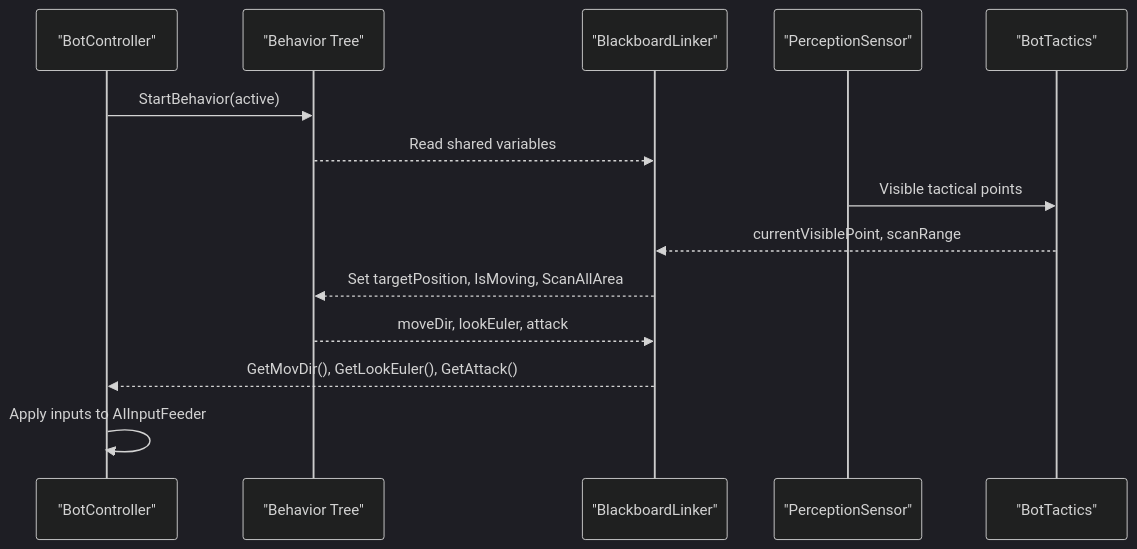
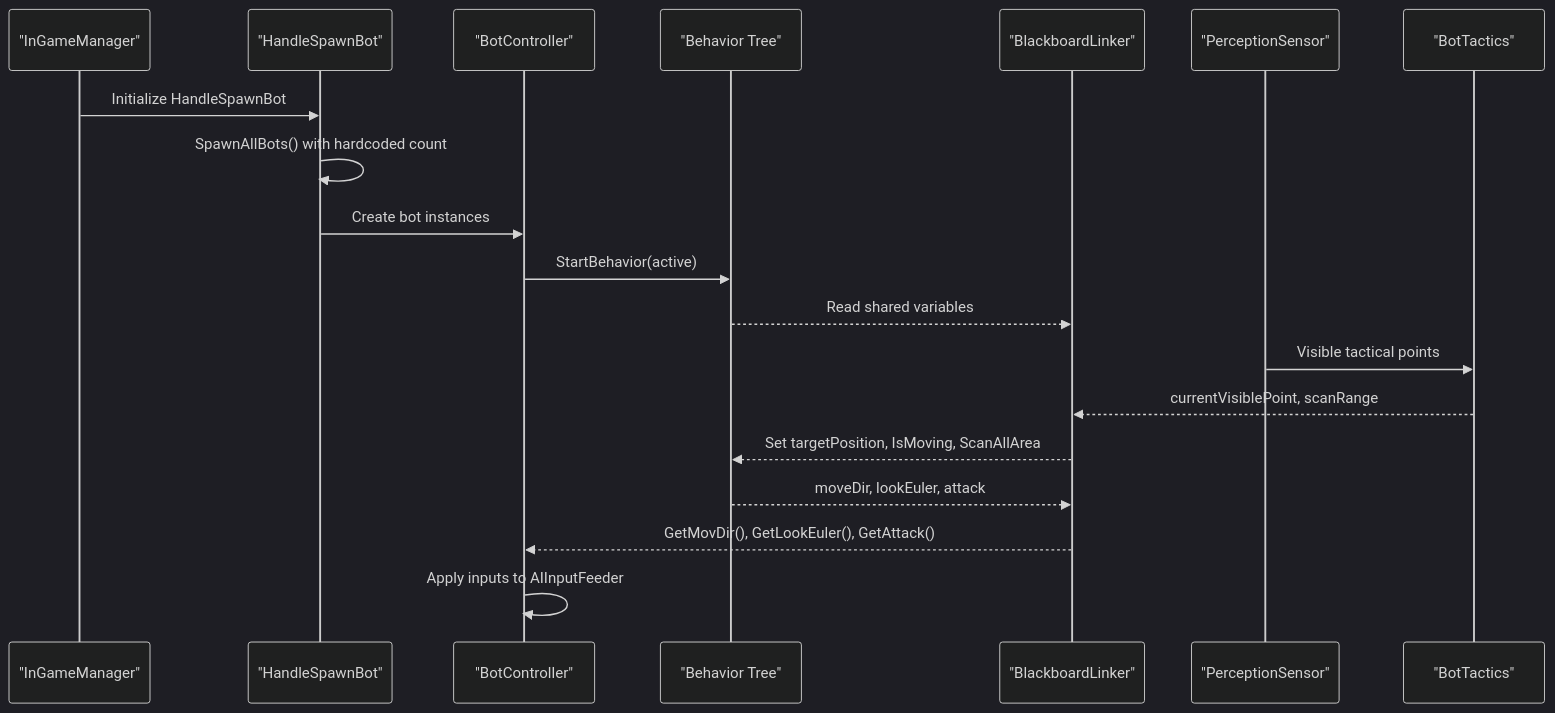
Before and after one commit to kandeng/openclaw_battle_game: the second of 9 diagrams in .qoder/repowiki/en/content/AI Bot System/AI Bot System.md, drawn with Mermaid (dark theme). The commit also changed other lines of this file and 20 other files, not shown here.

````diff
--- a/.qoder/repowiki/en/content/AI Bot System/AI Bot System.md
+++ b/.qoder/repowiki/en/content/AI Bot System/AI Bot System.md
@@ -114,16 +137,21 @@
 ```mermaid
 sequenceDiagram
-participant FSM as "BotController"
+participant IGM as "InGameManager"
+participant HSB as "HandleSpawnBot"
+participant BC as "BotController"
 participant BD as "Behavior Tree"
 participant BL as "BlackboardLinker"
 participant PS as "PerceptionSensor"
 participant TT as "BotTactics"
-FSM->>BD : StartBehavior(active)
+IGM->>HSB : Initialize HandleSpawnBot
+HSB->>HSB : SpawnAllBots() with hardcoded count
+HSB->>BC : Create bot instances
+BC->>BD : StartBehavior(active)
 BD-->>BL : Read shared variables
 PS->>TT : Visible tactical points
 TT-->>BL : currentVisiblePoint, scanRange
 BL-->>BD : Set targetPosition, IsMoving, ScanAllArea
 BD-->>BL : moveDir, lookEuler, attack
-BL-->>FSM : GetMovDir(), GetLookEuler(), GetAttack()
-FSM->>FSM : Apply inputs to AIInputFeeder
+BL-->>BC : GetMovDir(), GetLookEuler(), GetAttack()
+BC->>BC : Apply inputs to AIInputFeeder
 ```
````
